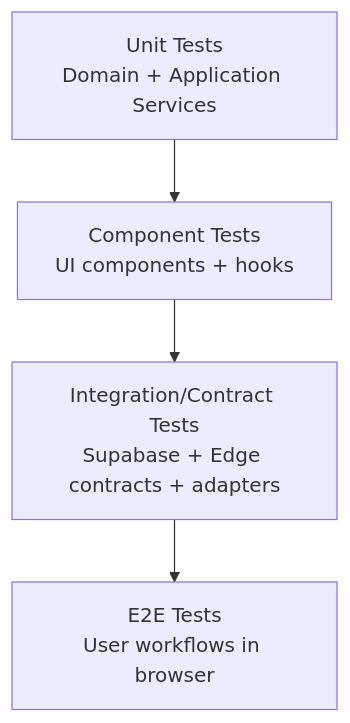
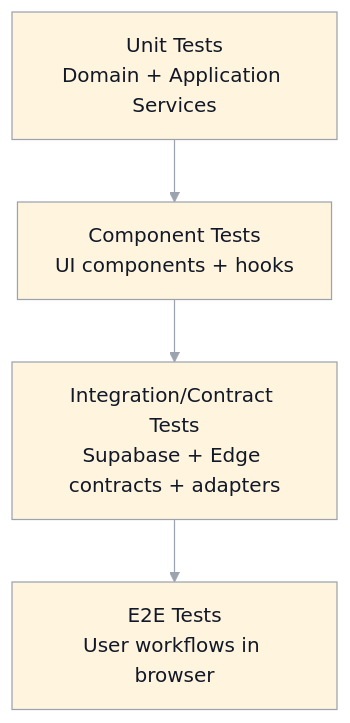
One commit to leesjensen/masteryls changed the diagram in specification/test-strategy.md. Above: the diagram before and after it, drawn with Mermaid. The commit also changed 9 other files, not shown here.

````diff
--- a/specification/test-strategy.md
+++ b/specification/test-strategy.md
@@ -26,9 +26,10 @@
 ```mermaid
+%%{init: {"theme": "base", "themeVariables": {"background": "#ffffff", "lineColor": "#9ca3af", "primaryBorderColor": "#9ca3af", "secondaryBorderColor": "#9ca3af", "tertiaryBorderColor": "#9ca3af", "clusterBorder": "#9ca3af", "edgeLabelBackground": "#ffffff", "primaryTextColor": "#111827"}}}%%
 flowchart TB
   U[Unit Tests<br/>Domain + Application Services]
   C[Component Tests<br/>UI components + hooks]
   I[Integration/Contract Tests<br/>Supabase + Edge contracts + adapters]
   E[E2E Tests<br/>User workflows in browser]
 
   U --> C --> I --> E
 ```
````
